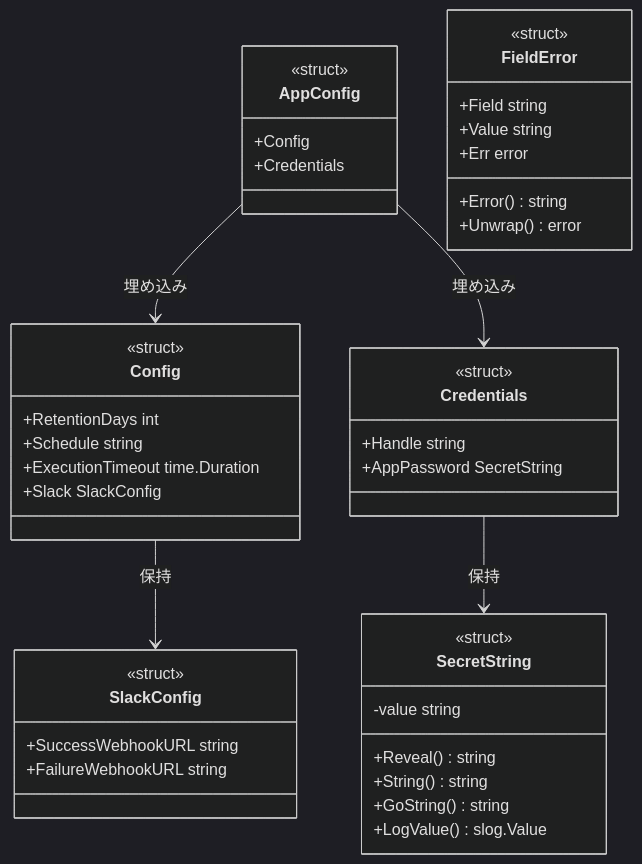
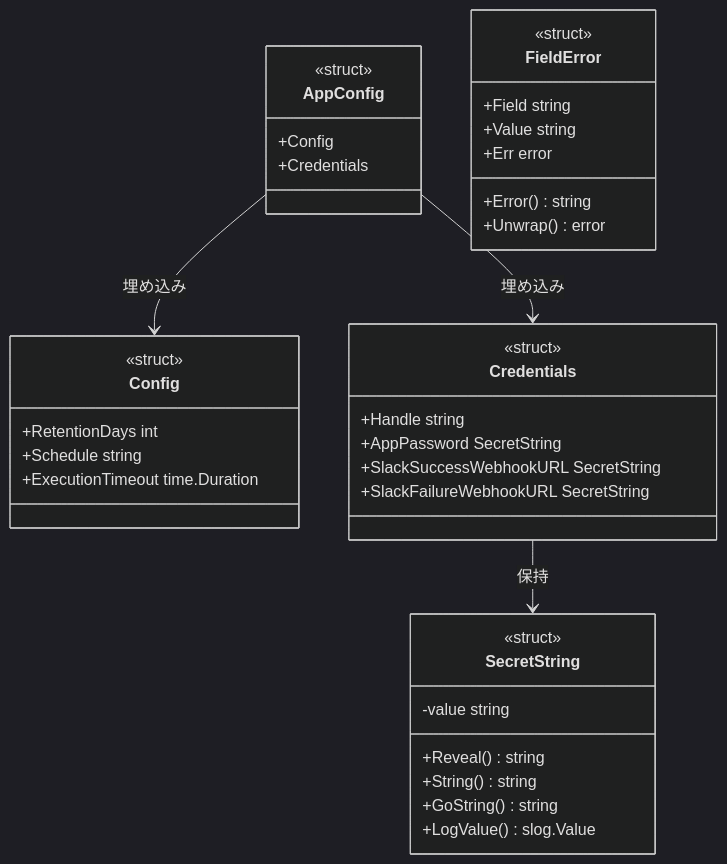
The fourth of 5 diagrams in docs/tasks/0001_config/02_architecture.md (isseis/bsky-cleaner), drawn with Mermaid (dark theme) before and after one commit. The commit also changed other lines of this file and 2 other files, not shown here.

First line of the commit message:
docs(0001): treat Slack Webhook URL as a secret, not a TOML value

````diff
--- a/docs/tasks/0001_config/02_architecture.md
+++ b/docs/tasks/0001_config/02_architecture.md
@@ -140,51 +140,45 @@
 ```mermaid
 classDiagram
     class Config {
         <<struct>>
         +RetentionDays int
         +Schedule string
         +ExecutionTimeout time.Duration
-        +Slack SlackConfig
-    }
-
-    class SlackConfig {
-        <<struct>>
-        +SuccessWebhookURL string
-        +FailureWebhookURL string
     }
 
     class Credentials {
         <<struct>>
         +Handle string
         +AppPassword SecretString
+        +SlackSuccessWebhookURL SecretString
+        +SlackFailureWebhookURL SecretString
     }
 
     class SecretString {
         <<struct>>
         -value string
         +Reveal() string
         +String() string
         +GoString() string
         +LogValue() slog.Value
     }
 
     class AppConfig {
         <<struct>>
         +Config
         +Credentials
     }
 
     class FieldError {
         <<struct>>
         +Field string
         +Value string
         +Err error
         +Error() string
         +Unwrap() error
     }
 
     AppConfig --> Config : 埋め込み
     AppConfig --> Credentials : 埋め込み
-    Config --> SlackConfig : 保持
     Credentials --> SecretString : 保持
 ```
````
